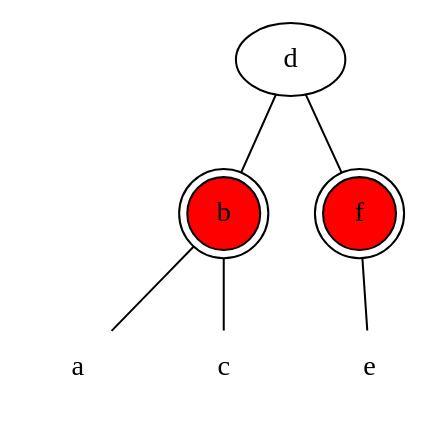
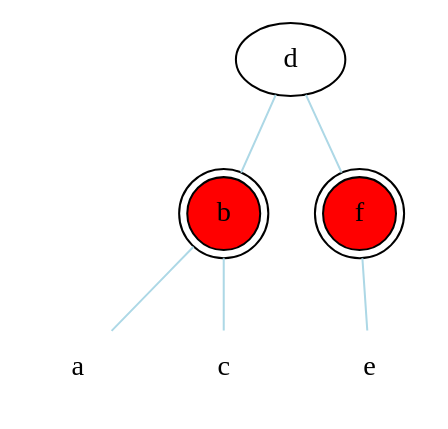
The diagram in persistent-data-structures/rbt1.dot (Primetalk/talks), drawn with Graphviz before and after one commit. The commit also changed 5 other files, not shown here.

Commit message:
Add persistent-data-talk2.html diagrams for heaps and trees

```diff
--- a/persistent-data-structures/rbt1.dot
+++ b/persistent-data-structures/rbt1.dot
@@ -1,13 +1,17 @@
 strict graph {
+  bgcolor="#3f3f3f00"
+  node [style=filled fillcolor="white"]
+  edge [color="lightblue"]
+
   a [shape=none]
   b [shape=doublecircle, style=filled, fillcolor=red]
   c [shape=none]
   d
   e [shape=none]
   f [shape=doublecircle, style=filled, fillcolor=red]
   b -- a
   b -- c
   d -- b
   d -- f
   f -- e
 }
```
